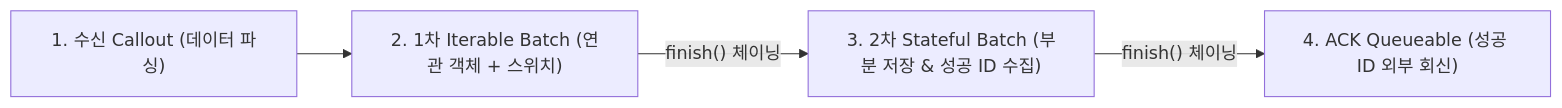
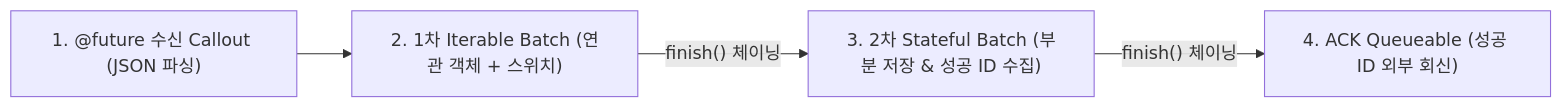
Before and after one commit to taeyeonimda/taeyeonimda.github.io: the second of 2 diagrams in _posts/2026-11-25-salesforce-asynchronous-apex-future-queueable-batch.md, drawn with Mermaid. The commit also changed other lines of this file, not shown here.

Commit message:
docs(post): add complete Step 1 @future callout and JSON wrapper example to Episode #2

````diff
--- a/_posts/2026-11-25-salesforce-asynchronous-apex-future-queueable-batch.md
+++ b/_posts/2026-11-25-salesforce-asynchronous-apex-future-queueable-batch.md
@@ -262,6 +262,6 @@
 ```mermaid
 flowchart LR
-    A["1. 수신 Callout (데이터 파싱)"] --> B["2. 1차 Iterable Batch (연관 객체 + 스위치)"]
+    A["1. @future 수신 Callout (JSON 파싱)"] --> B["2. 1차 Iterable Batch (연관 객체 + 스위치)"]
     B -- "finish() 체이닝" --> C["3. 2차 Stateful Batch (부분 저장 & 성공 ID 수집)"]
     C -- "finish() 체이닝" --> D["4. ACK Queueable (성공 ID 외부 회신)"]
 ```
````
